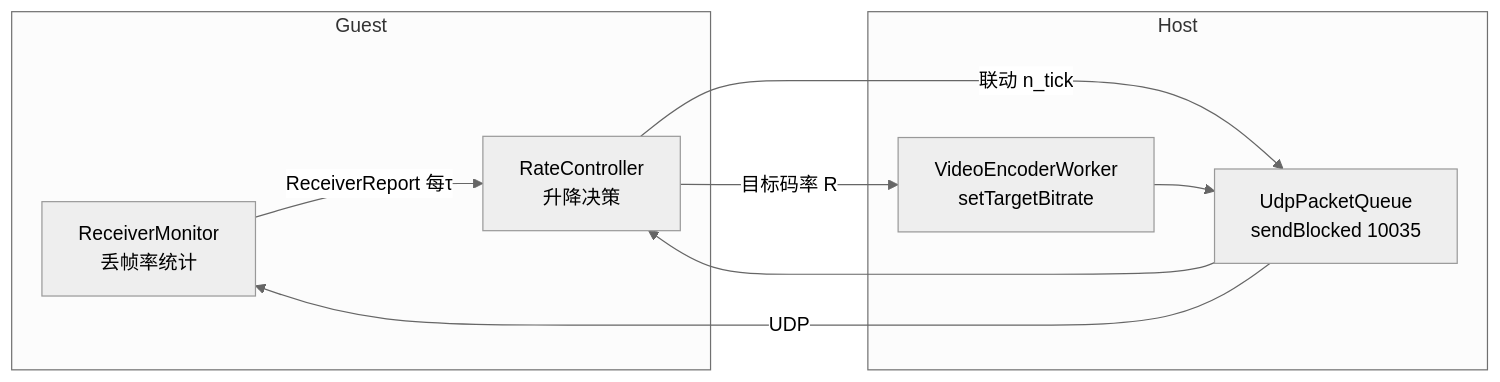
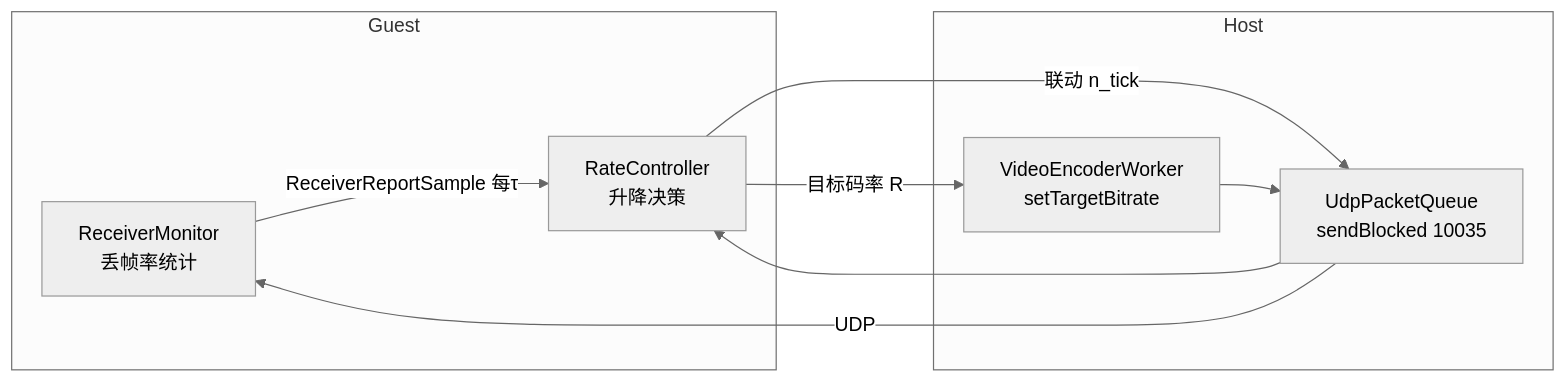
One commit to lmcr-ovo/P2pPlay changed the second of 3 diagrams in doc/参数.md. Above: the diagram before and after it, drawn with Mermaid (neutral theme). The commit also changed other lines of this file and 25 other files, not shown here.

````diff
--- a/doc/参数.md
+++ b/doc/参数.md
@@ -162,13 +162,13 @@
 ```mermaid
 graph LR
     subgraph Guest
-        RM[ReceiverMonitor<br/>丢帧率统计] -->|ReceiverReport 每τ| RC
+        RM[ReceiverMonitor<br/>丢帧率统计] -->|ReceiverReportSample 每τ| RC
     end
     subgraph Host
         Q[UdpPacketQueue<br/>sendBlocked 10035] --> RC[RateController<br/>升降决策]
         RC -->|目标码率 R| E[VideoEncoderWorker<br/>setTargetBitrate]
         RC -->|联动 n_tick| Q
         E --> Q
     end
     Q -->|UDP| RM
 ```
````
